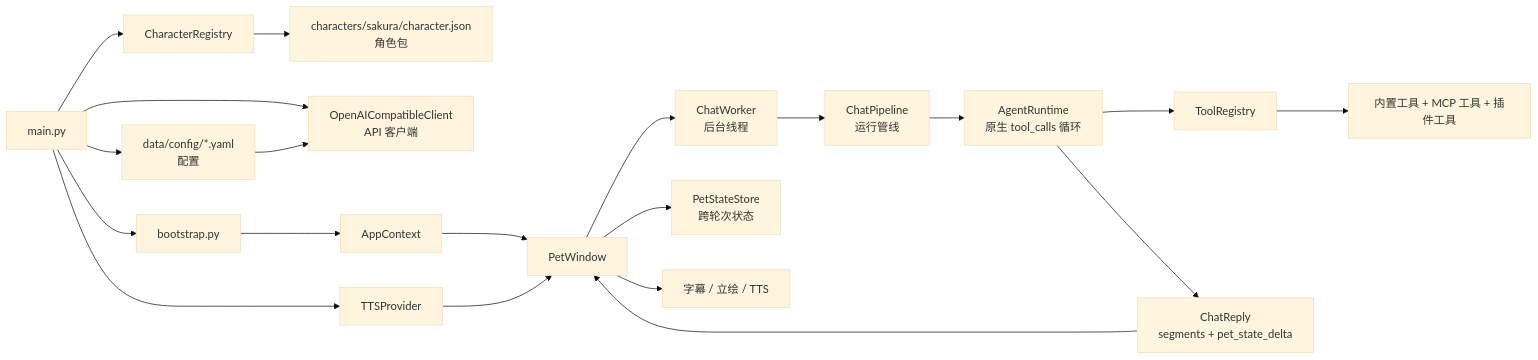
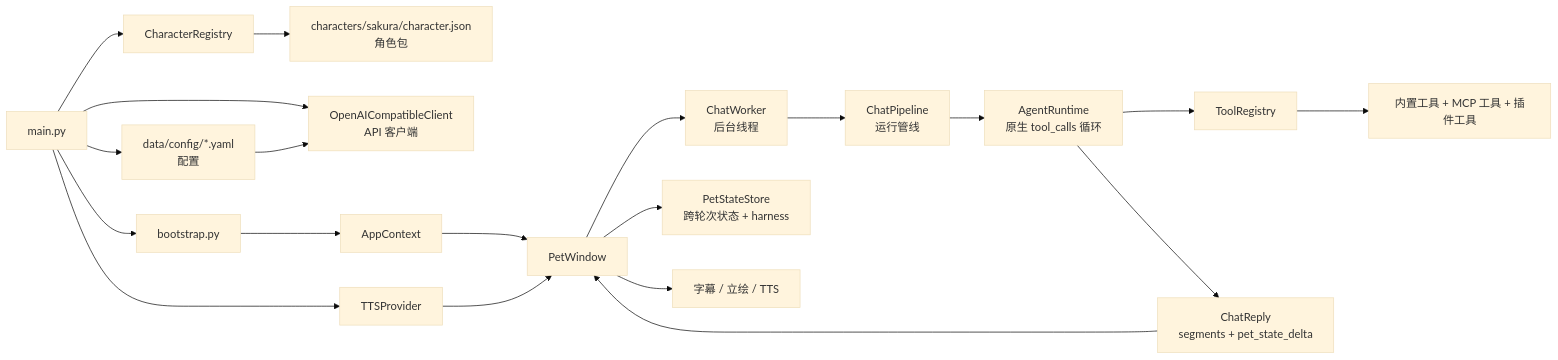
Before and after one commit to Nothing1596/sakura: the diagram in docs/TECHNICAL_README.md, drawn with Mermaid (base theme). The commit also changed other lines of this file and 8 other files, not shown here.

Commit message:
feat: add pet state phase 2 harness

````diff
--- a/docs/TECHNICAL_README.md
+++ b/docs/TECHNICAL_README.md
@@ -25,22 +25,22 @@
 ```mermaid
 flowchart LR
     A["main.py"] --> B["data/config/*.yaml<br/>配置"]
     A --> C["CharacterRegistry"]
     C --> D["characters/sakura/character.json<br/>角色包"]
     A --> E["OpenAICompatibleClient<br/>API 客户端"]
     B --> E
     A --> I["TTSProvider"]
     A --> J["bootstrap.py"]
     J --> K["AppContext"]
     K --> L["PetWindow"]
     I --> L
     L --> M["ChatWorker<br/>后台线程"]
     M --> N["ChatPipeline<br/>运行管线"]
     N --> S["AgentRuntime<br/>原生 tool_calls 循环"]
     S --> T["ToolRegistry"]
     T --> U["内置工具 + MCP 工具 + 插件工具"]
     S --> V["ChatReply<br/>segments + pet_state_delta"]
     V --> L
-    L --> X["PetStateStore<br/>跨轮次状态"]
+    L --> X["PetStateStore<br/>跨轮次状态 + harness"]
     L --> W["字幕 / 立绘 / TTS"]
 ```
````
